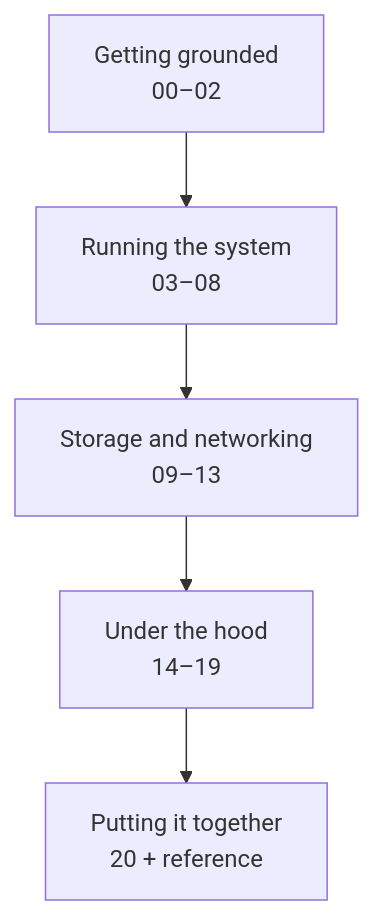
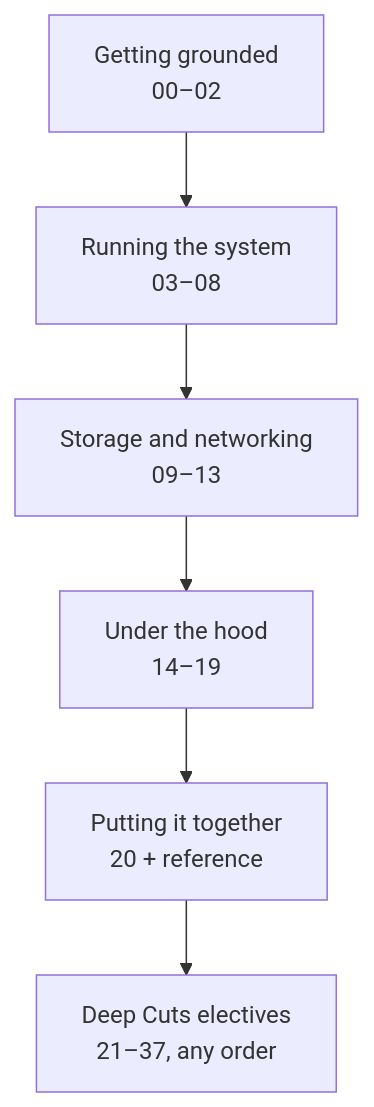
One commit to ssimpson89/LinuxTrainingCourse changed the second of 2 diagrams in content/00-start-here.md. Above: the diagram before and after it, drawn with Mermaid. The commit also changed other lines of this file and 2 other files, not shown here.

````diff
--- a/content/00-start-here.md
+++ b/content/00-start-here.md
@@ -78,7 +78,8 @@
 ```mermaid
 flowchart TB
     A["Getting grounded<br/>00–02"] --> B["Running the system<br/>03–08"]
     B --> C["Storage and networking<br/>09–13"]
     C --> D["Under the hood<br/>14–19"]
     D --> E["Putting it together<br/>20 + reference"]
+    E --> F["Deep Cuts electives<br/>21–37, any order"]
 ```
````
